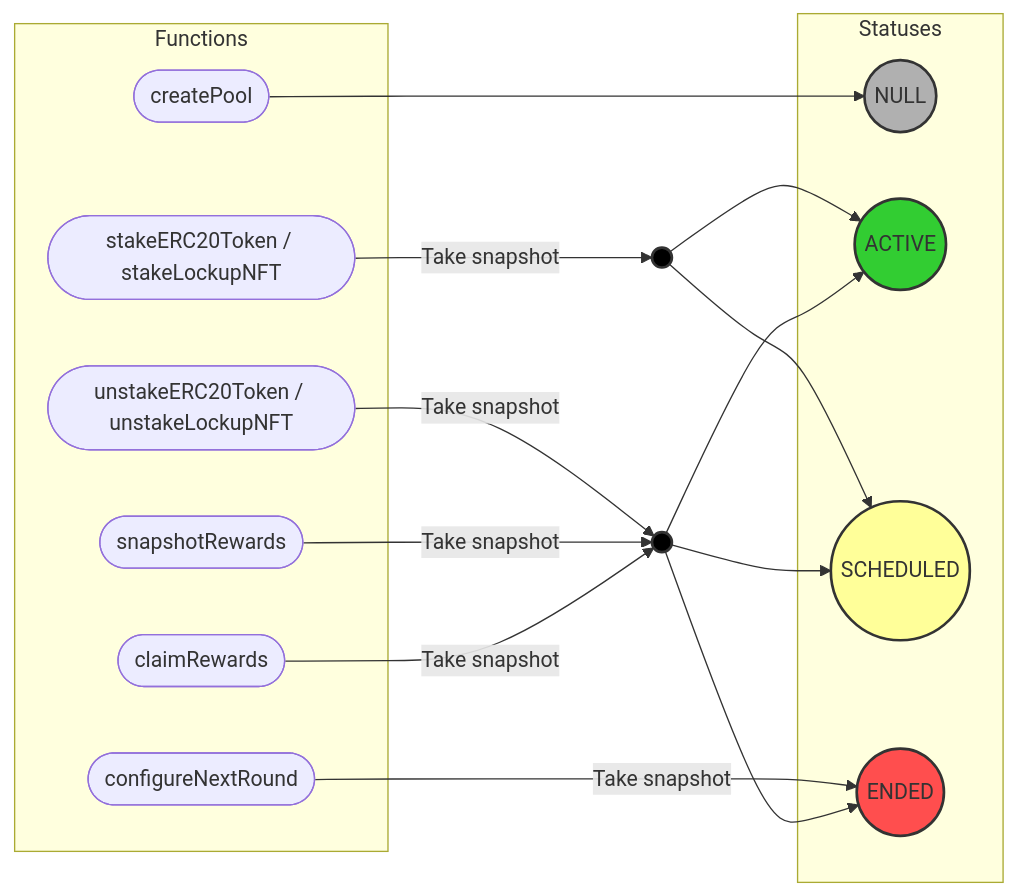
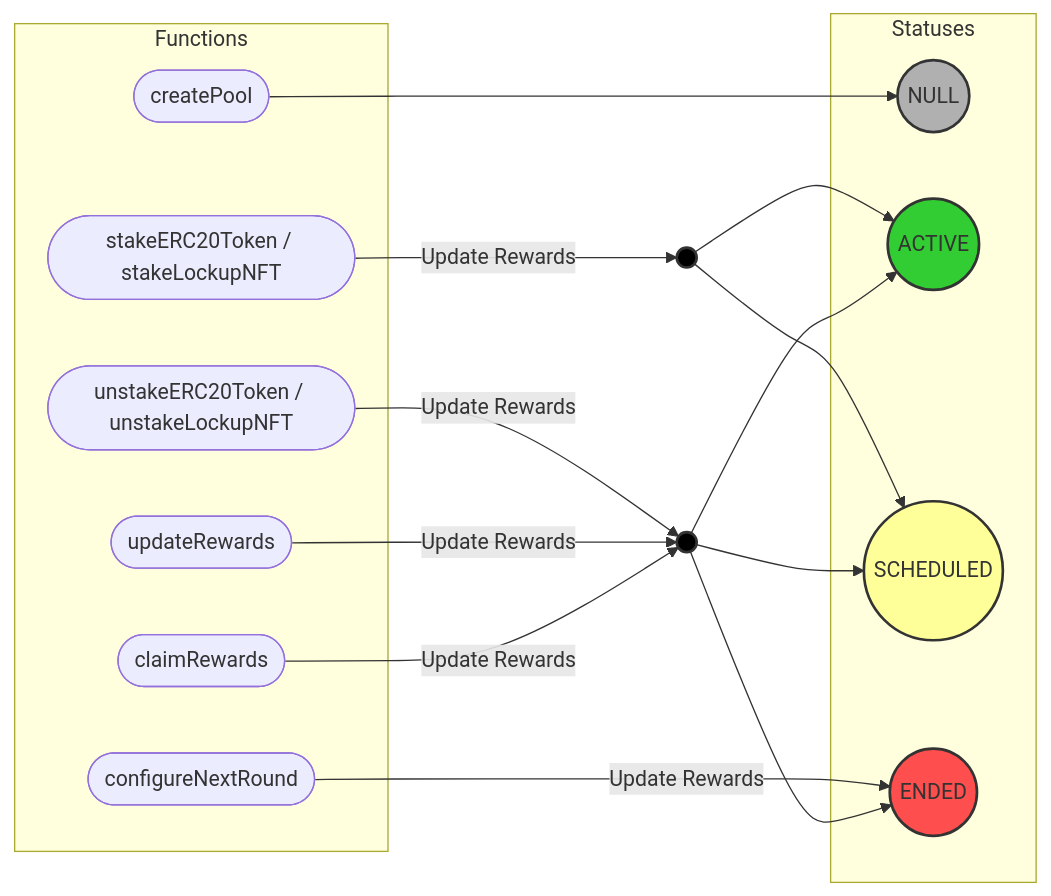
One commit to sablier-labs/staking changed the second of 2 diagrams in ARCHITECTURE.md. Above: the diagram before and after it, drawn with Mermaid. The commit also changed 39 other files, not shown here.

````diff
--- a/ARCHITECTURE.md
+++ b/ARCHITECTURE.md
@@ -133,42 +133,42 @@
 ```mermaid
 flowchart LR
     subgraph Statuses
         NULL((NULL)):::grey
         ACTIVE((ACTIVE)):::green
         SCHEDULED((SCHEDULED)):::yellow
         ENDED((ENDED)):::red
     end
 
     subgraph Functions
         CLAIM_REWARDS([claimRewards])
         CONFIGURE([configureNextRound])
         CREATE([createPool])
-        SNAPSHOT([snapshotRewards])
+        SNAPSHOT([updateRewards])
         STAKE([stakeERC20Token / stakeLockupNFT])
         UNSTAKE([unstakeERC20Token / unstakeLockupNFT])
     end
 
     ALL((  )):::black
     AS((  )):::black
 
     classDef black fill:#000000,stroke:#333,stroke-width:2px;
     classDef green fill:#32cd32,stroke:#333,stroke-width:2px;
     classDef grey fill:#b0b0b0,stroke:#333,stroke-width:2px;
     classDef yellow fill:#ffff99,stroke:#333,stroke-width:2px;
     classDef red fill:#ff4e4e,stroke:#333,stroke-width:2px;
 
     ALL --> ACTIVE & SCHEDULED & ENDED
     AS --> ACTIVE & SCHEDULED
 
     CREATE  --> NULL
 
-    CONFIGURE -- "Take snapshot" -->  ENDED
+    CONFIGURE -- "Update Rewards" -->  ENDED
 
-    CLAIM_REWARDS -- "Take snapshot" -->  ALL
+    CLAIM_REWARDS -- "Update Rewards" -->  ALL
 
-    SNAPSHOT -- "Take snapshot" -->  ALL
+    SNAPSHOT -- "Update Rewards" -->  ALL
 
-    STAKE -- "Take snapshot" -->  AS
+    STAKE -- "Update Rewards" -->  AS
 
-    UNSTAKE -- "Take snapshot" -->  ALL
+    UNSTAKE -- "Update Rewards" -->  ALL
 ```
````
